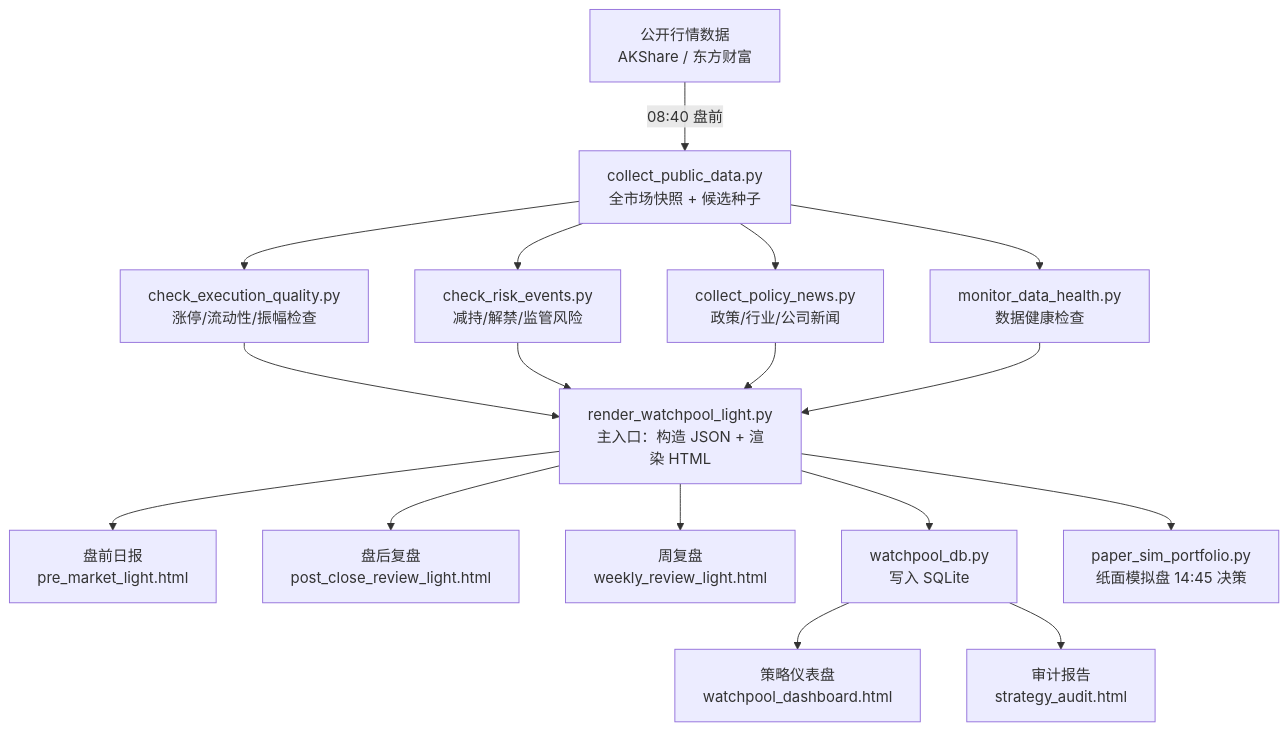
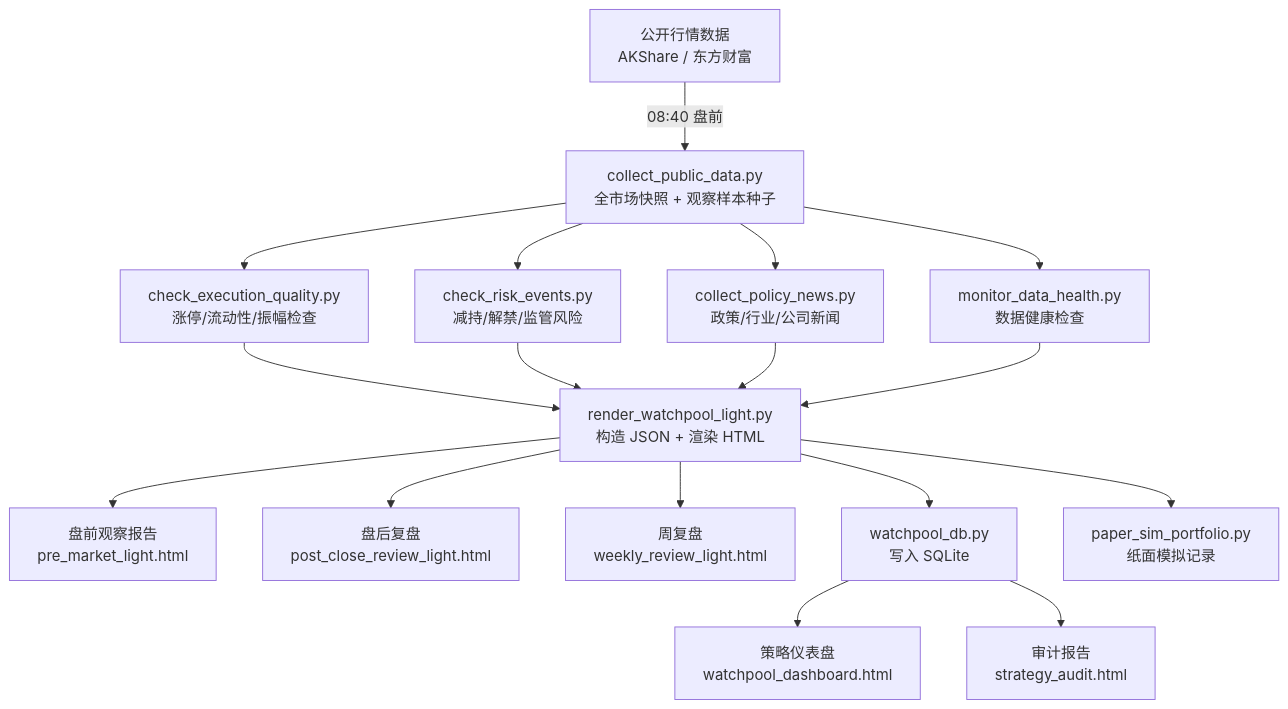
The diagram in README.md (hasesc/a-share-watchpool), drawn with Mermaid before and after one commit. The commit also changed other lines of this file and 4 other files, not shown here.

````diff
--- a/README.md
+++ b/README.md
@@ -28,20 +36,20 @@
 ```mermaid
 graph TD
-    A[公开行情数据<br/>AKShare / 东方财富] -->|08:40 盘前| B[collect_public_data.py<br/>全市场快照 + 候选种子]
+    A[公开行情数据<br/>AKShare / 东方财富] -->|08:40 盘前| B[collect_public_data.py<br/>全市场快照 + 观察样本种子]
     B --> C[check_execution_quality.py<br/>涨停/流动性/振幅检查]
     B --> D[check_risk_events.py<br/>减持/解禁/监管风险]
     B --> E[collect_policy_news.py<br/>政策/行业/公司新闻]
     B --> F[monitor_data_health.py<br/>数据健康检查]
 
-    C & D & E & F --> G[render_watchpool_light.py<br/>主入口：构造 JSON + 渲染 HTML]
+    C & D & E & F --> G[render_watchpool_light.py<br/>构造 JSON + 渲染 HTML]
 
-    G --> H[盘前日报<br/>pre_market_light.html]
+    G --> H[盘前观察报告<br/>pre_market_light.html]
     G --> I[盘后复盘<br/>post_close_review_light.html]
     G --> J[周复盘<br/>weekly_review_light.html]
 
     G --> K[watchpool_db.py<br/>写入 SQLite]
     K --> L[策略仪表盘<br/>watchpool_dashboard.html]
     K --> M[审计报告<br/>strategy_audit.html]
 
-    G --> N[paper_sim_portfolio.py<br/>纸面模拟盘 14:45 决策]
+    G --> N[paper_sim_portfolio.py<br/>纸面模拟记录]
 ```
````
